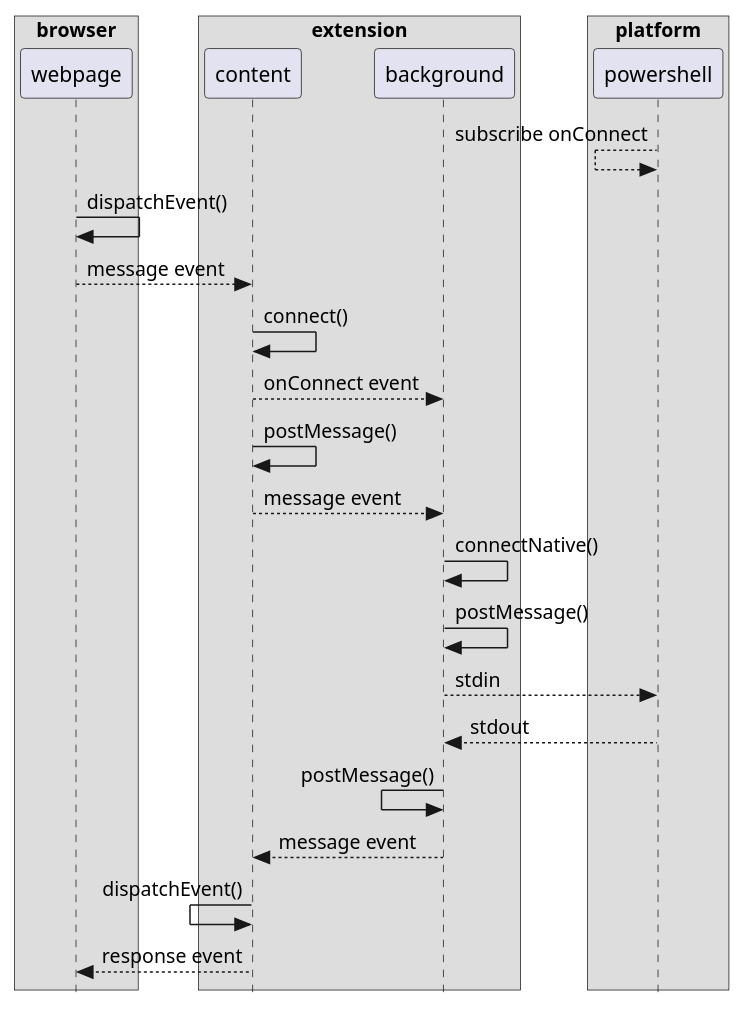
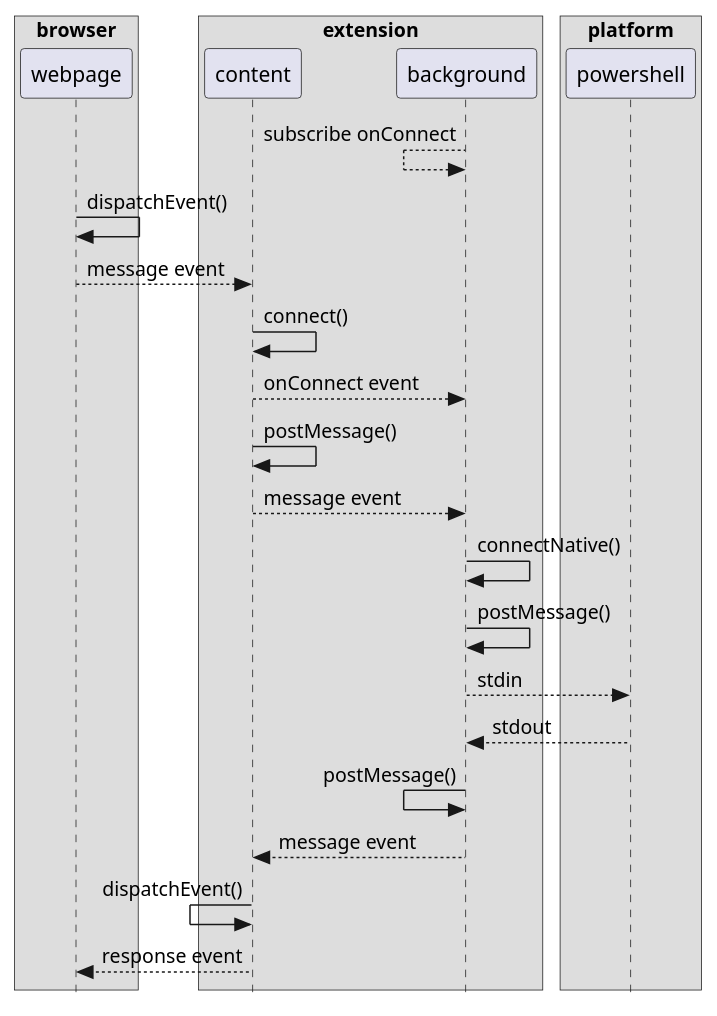
Before and after one commit to ttappr/powershell-interactor: the diagram in sequence.plantuml, drawn with PlantUML. The commit also changed 1 other file, not shown here.

Commit message:
background subscribes to onConnect.

```diff
--- a/sequence.plantuml
+++ b/sequence.plantuml
@@ -1,38 +1,38 @@
 @startuml communication
 
 skinparam style strictuml
 'skinparam monochrome reverse
 
 box browser
     participant webpage as W
 end box
 box extension
     participant content as C
     participant background as B
 end box
 box platform
     participant powershell as P
 end box
 
-P <-- P: subscribe onConnect
+B <-- B: subscribe onConnect
 
 W -> W: dispatchEvent()
 W --> C: message event
 
 C -> C: connect()
 C --> B: onConnect event
 C -> C: postMessage()
 C --> B: message event
 
 B -> B: connectNative()
 B -> B: postMessage()
 B --> P: stdin
 B <-- P: stdout
 
 B <- B: postMessage()
 C <-- B: message event
 
 C <- C: dispatchEvent()
 W <-- C: response event
 
 @enduml
```
